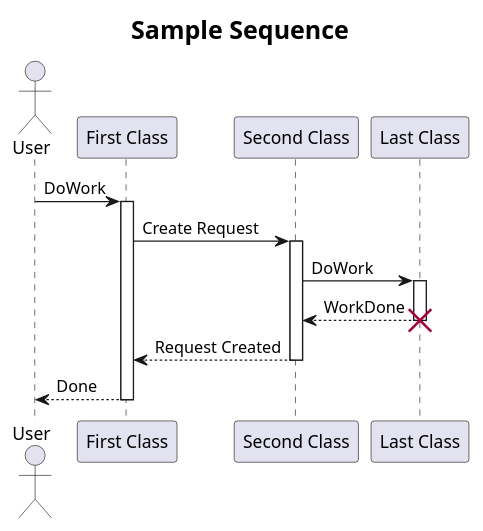
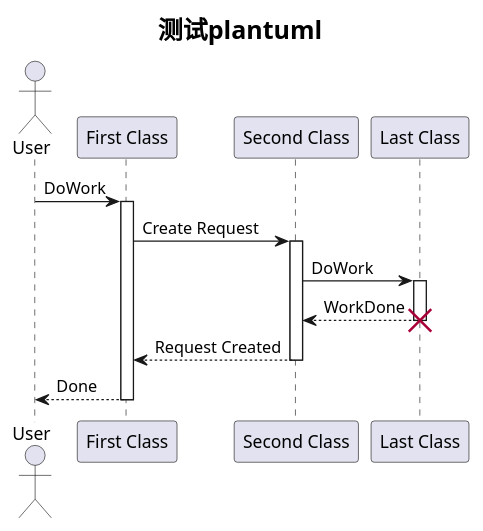
The diagram in {{cookiecutter.src}}/_static/test.puml (yishenggudou/cookiecutter-sphinx-doc), drawn with PlantUML before and after one commit. The commit also changed 20 other files, not shown here.

```diff
--- a/{{cookiecutter.src}}/_static/test.puml
+++ b/{{cookiecutter.src}}/_static/test.puml
@@ -1,27 +1,27 @@
 @startuml
 
-title <size:20>Sample Sequence</size>
+title <size:20>测试plantuml</size>
 
 actor User
 participant "First Class" as A
 participant "Second Class" as B
 participant "Last Class" as C
 
 User -> A: DoWork
 activate A
 
 A -> B: Create Request
 activate B
 
 B -> C: DoWork
 activate C
 C --> B: WorkDone
 destroy C
 
 B --> A: Request Created
 deactivate B
 
 A --> User: Done
 deactivate A
 
 @enduml
```
